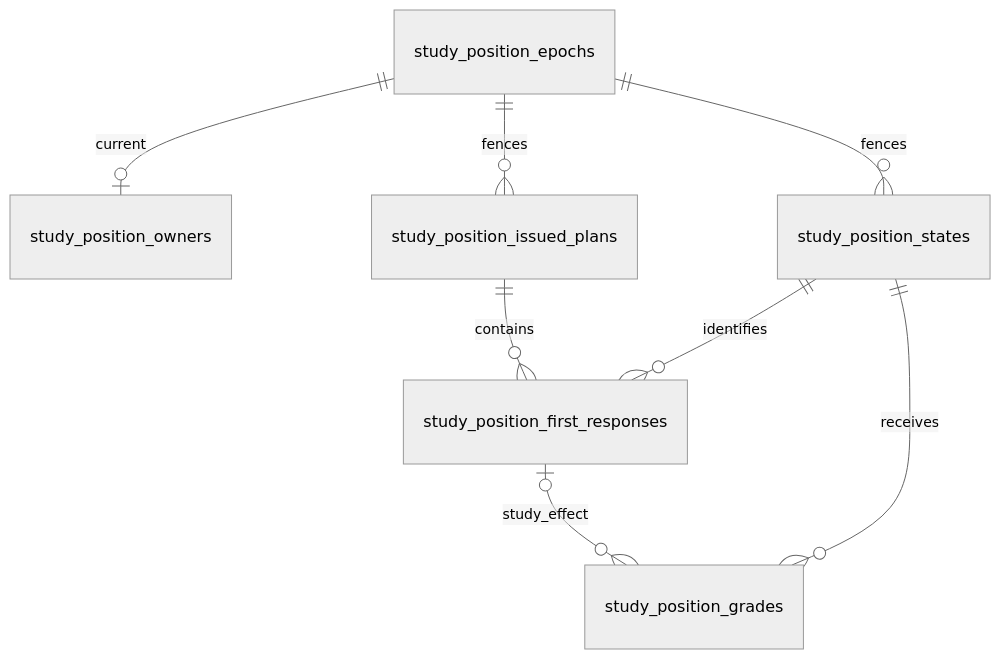
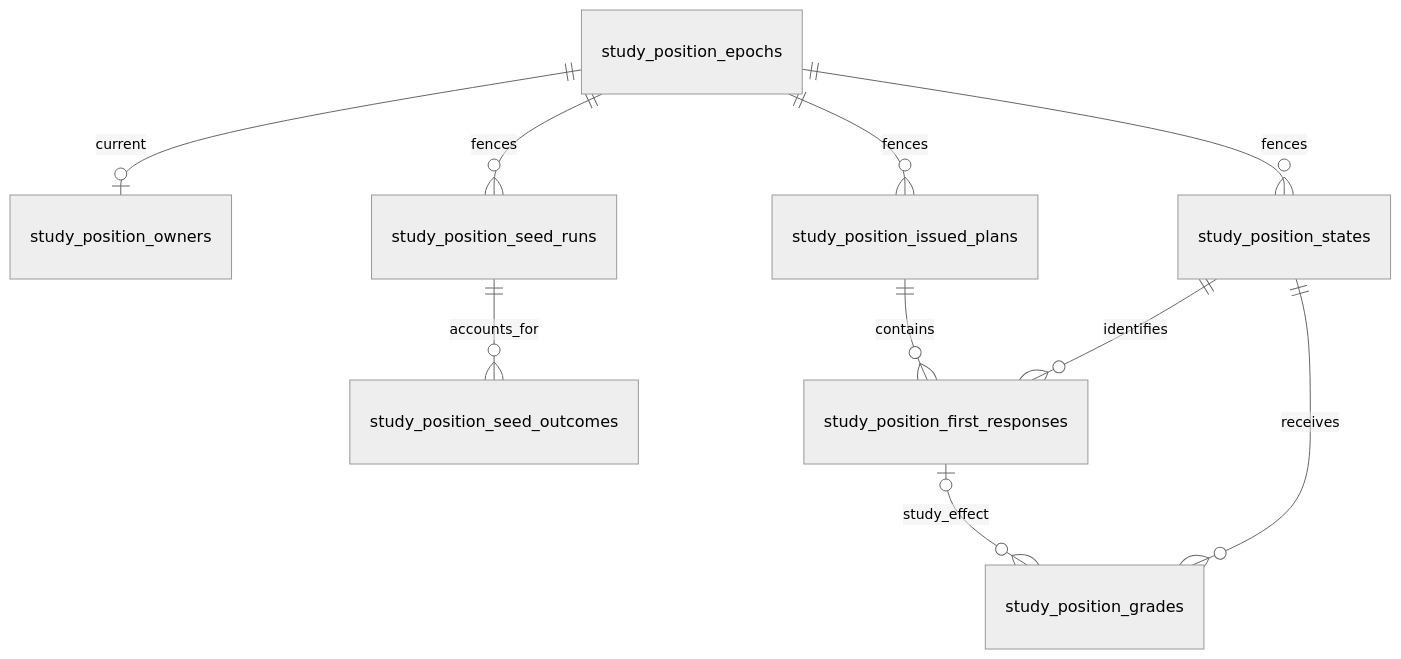
The diagram in database/tempo_legacy_database/schema/study-position/README.md (aaweaver-actuary/tempo), drawn with Mermaid (neutral theme) before and after one commit. The commit also changed other lines of this file and 4 other files, not shown here.

````diff
--- a/database/tempo_legacy_database/schema/study-position/README.md
+++ b/database/tempo_legacy_database/schema/study-position/README.md
@@ -8,10 +8,12 @@
 ```mermaid
 erDiagram
     study_position_epochs ||--o| study_position_owners : current
     study_position_epochs ||--o{ study_position_states : fences
     study_position_epochs ||--o{ study_position_issued_plans : fences
+    study_position_epochs ||--o{ study_position_seed_runs : fences
+    study_position_seed_runs ||--o{ study_position_seed_outcomes : accounts_for
     study_position_issued_plans ||--o{ study_position_first_responses : contains
     study_position_states ||--o{ study_position_first_responses : identifies
     study_position_first_responses o|--o{ study_position_grades : study_effect
     study_position_states ||--o{ study_position_grades : receives
 ```
````
